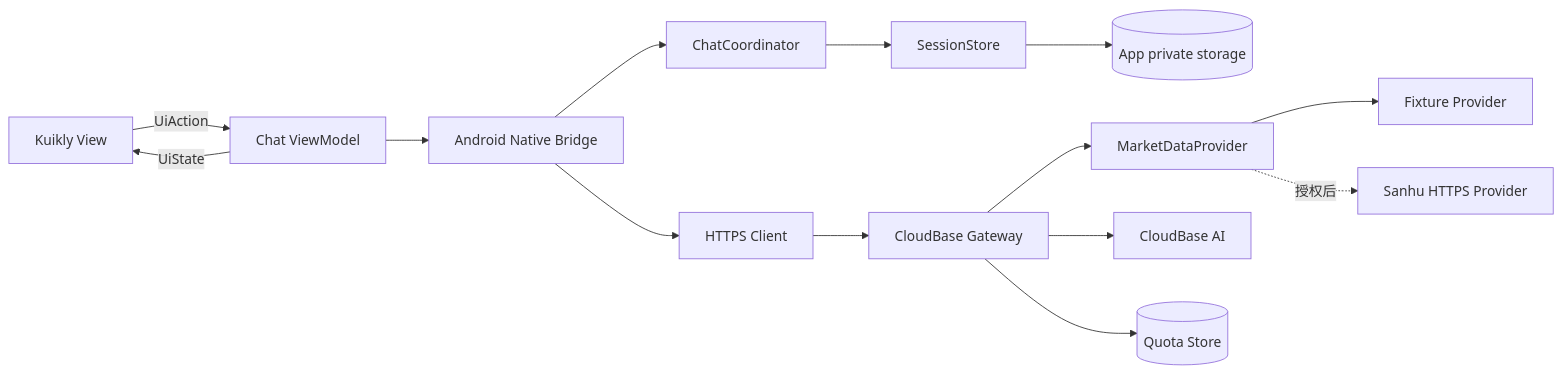
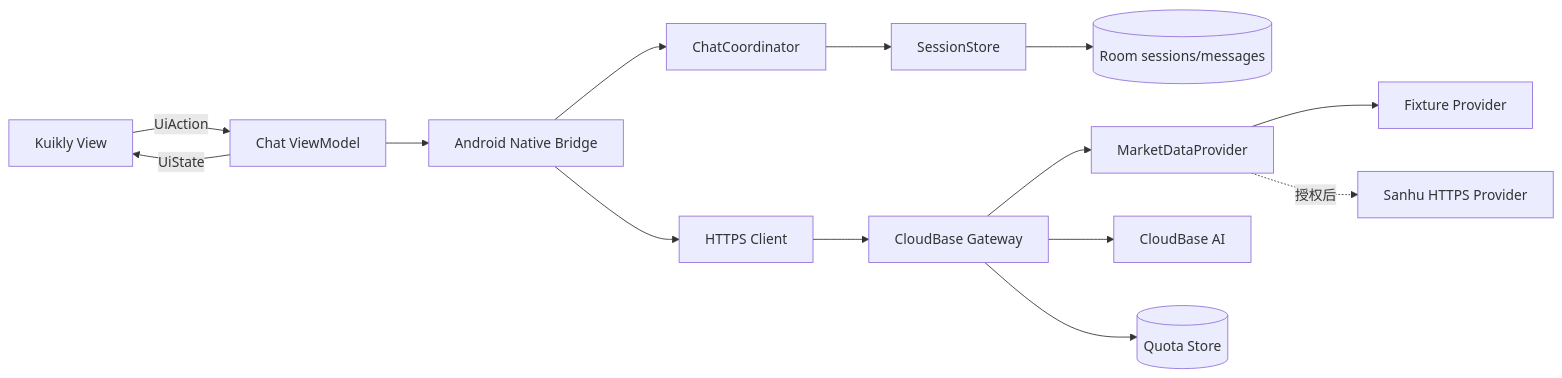
Before and after one commit to RogerIn1900/TalkToAI: the diagram in docs/v1/architecture.md, drawn with Mermaid. The commit also changed other lines of this file and 23 other files, not shown here.

````diff
--- a/docs/v1/architecture.md
+++ b/docs/v1/architecture.md
@@ -5,16 +5,16 @@
 ```mermaid
 flowchart LR
     UI[Kuikly View] -->|UiAction| VM[Chat ViewModel]
     VM -->|UiState| UI
     VM --> BRIDGE[Android Native Bridge]
     BRIDGE --> CHAT[ChatCoordinator]
     BRIDGE --> API[HTTPS Client]
     CHAT --> SESSION[SessionStore]
-    SESSION --> LOCAL[(App private storage)]
+    SESSION --> ROOM[(Room sessions/messages)]
     API --> GATEWAY[CloudBase Gateway]
     GATEWAY --> PROVIDER[MarketDataProvider]
     GATEWAY --> AI[CloudBase AI]
     GATEWAY --> QUOTA[(Quota Store)]
     PROVIDER --> FIXTURE[Fixture Provider]
     PROVIDER -. 授权后 .-> SANHU[Sanhu HTTPS Provider]
 ```
````
